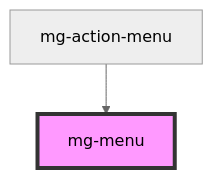
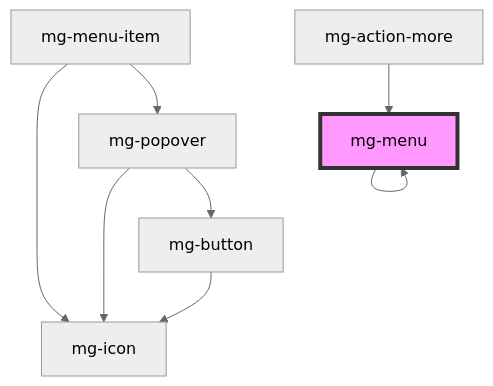
Before and after one commit to MGDIS/mg-components: the diagram in src/components/molecules/menu/mg-menu/readme.md, drawn with Mermaid (neutral theme). The commit also changed other lines of this file and 27 other files, not shown here.

First line of the commit message:
feat(mgActionMore): implement mg-action-more in mg-action-menu

````diff
--- a/src/components/molecules/menu/mg-menu/readme.md
+++ b/src/components/molecules/menu/mg-menu/readme.md
@@ -95,5 +104,11 @@
 ```mermaid
 graph TD;
-  mg-action-menu --> mg-menu
+  mg-menu --> mg-menu
+  mg-menu-item --> mg-icon
+  mg-menu-item --> mg-popover
+  mg-popover --> mg-button
+  mg-popover --> mg-icon
+  mg-button --> mg-icon
+  mg-action-more --> mg-menu
   style mg-menu fill:#f9f,stroke:#333,stroke-width:4px
 ```
````
